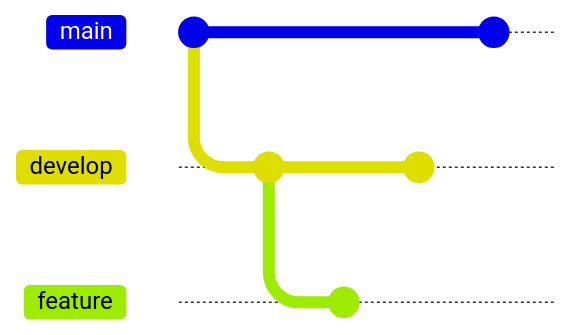
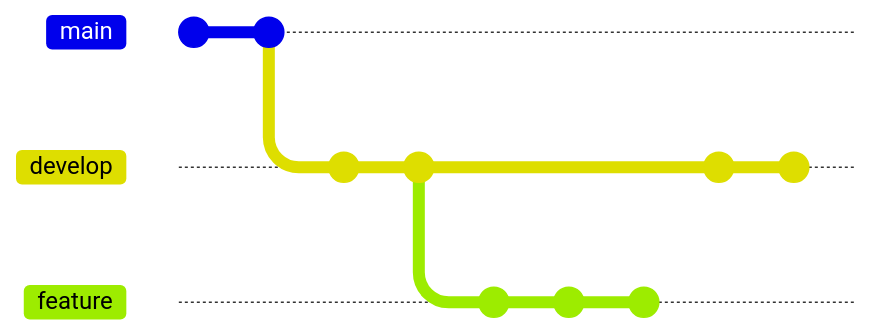
The diagram in _posts/2022-06-03-getting-started-with-git.md (Heinzad/heinzad.github.io), drawn with Mermaid before and after one commit. Commit ids are hidden.

````diff
--- a/_posts/2022-06-03-getting-started-with-git.md
+++ b/_posts/2022-06-03-getting-started-with-git.md
@@ -13,13 +13,15 @@
 ```mermaid 
     gitGraph
-       checkout main
+       commit
        commit
        branch develop
        commit
+       commit
        branch feature
+       commit
+       commit
        commit
        checkout develop 
        commit
-       checkout main
-       commit
+       commit 
 ```
````
